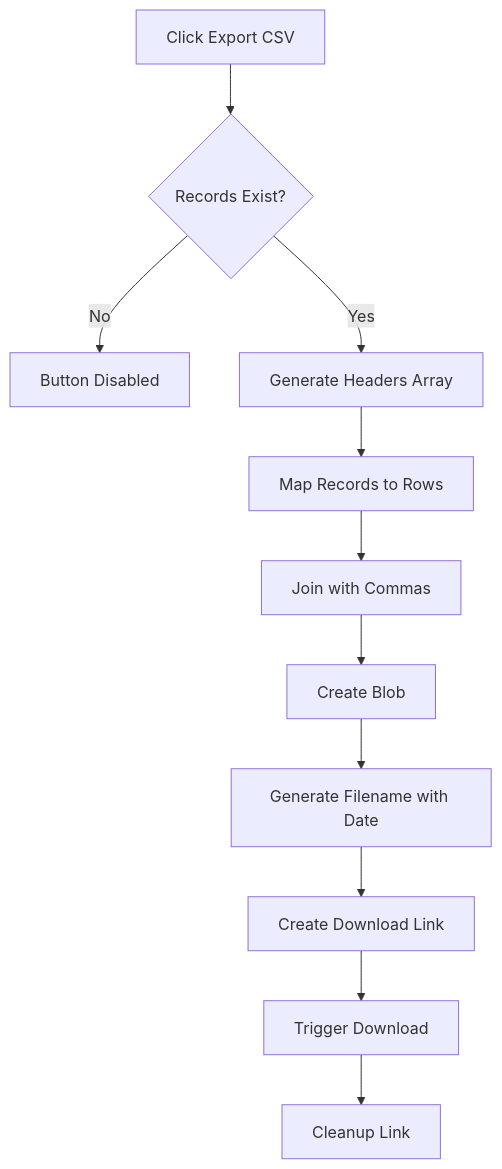
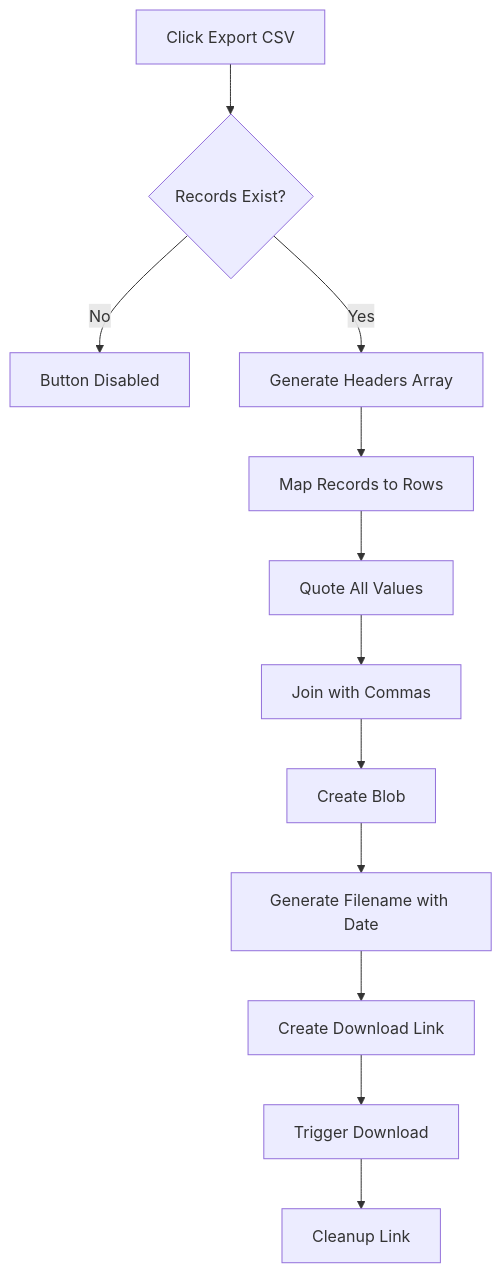
Before and after one commit to PeakMNA/carmen: the sixth of 12 diagrams in docs/app/inventory-management/transactions/FD-inventory-transactions.md, drawn with Mermaid. The commit also changed other lines of this file and 473 other files, not shown here.

````diff
--- a/docs/app/inventory-management/transactions/FD-inventory-transactions.md
+++ b/docs/app/inventory-management/transactions/FD-inventory-transactions.md
@@ -148,13 +159,14 @@
 ```mermaid
 flowchart TD
     A[Click Export CSV] --> B{Records Exist?}
     B -->|No| C[Button Disabled]
     B -->|Yes| D[Generate Headers Array]
     D --> E[Map Records to Rows]
-    E --> F[Join with Commas]
-    F --> G[Create Blob]
-    G --> H[Generate Filename with Date]
-    H --> I[Create Download Link]
-    I --> J[Trigger Download]
-    J --> K[Cleanup Link]
+    E --> F[Quote All Values]
+    F --> G[Join with Commas]
+    G --> H[Create Blob]
+    H --> I[Generate Filename with Date]
+    I --> J[Create Download Link]
+    J --> K[Trigger Download]
+    K --> L[Cleanup Link]
 ```
````
